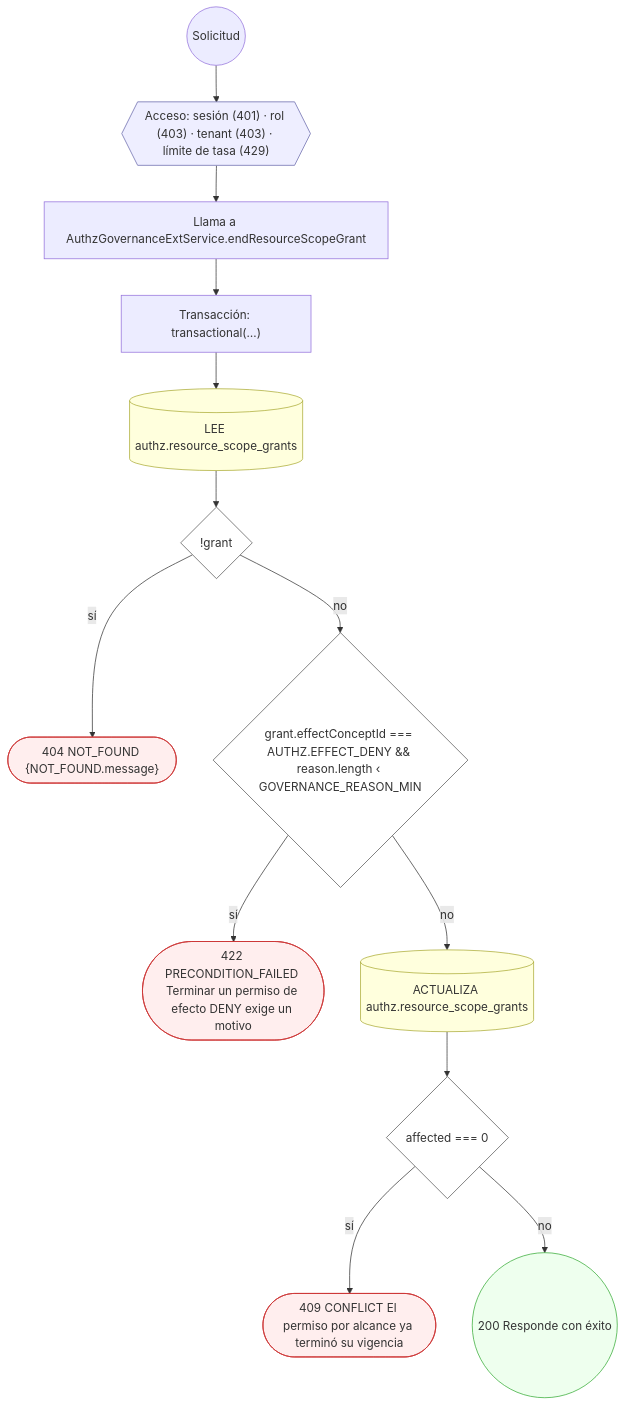
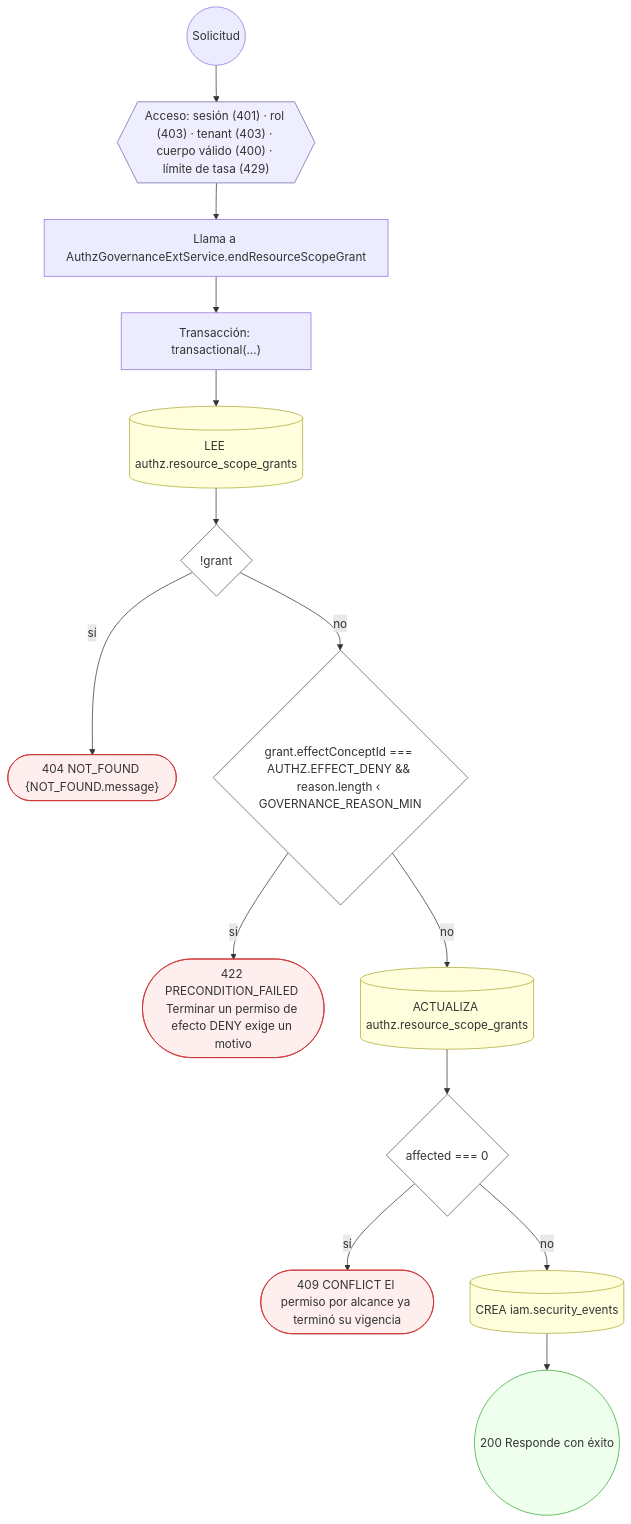
Diagram 24 of 40 in docs/inventario/flujos/authz.md (mdavila-2001/mantra-core-health-api), drawn with Mermaid before and after one commit. The commit also changed other lines of this file and 118 other files, not shown here.

````diff
--- a/docs/inventario/flujos/authz.md
+++ b/docs/inventario/flujos/authz.md
@@ -1919,34 +1922,36 @@
 ```mermaid
 flowchart TD
   n1(("Solicitud")):::inicio
-  n2{{"Acceso: sesión (401) · rol (403) · tenant (403) · límite de tasa (429)"}}:::acceso
+  n2{{"Acceso: sesión (401) · rol (403) · tenant (403) · cuerpo válido (400) · límite de tasa (429)"}}:::acceso
   n1 --> n2
   n3["Llama a AuthzGovernanceExtService.endResourceScopeGrant"]:::llamada
   n2 --> n3
   n4["Transacción: transactional(…)"]:::transaccion
   n3 --> n4
   n5[("LEE authz.resource_scope_grants")]:::efecto
   n4 --> n5
   n6{"!grant"}:::decision
   n5 --> n6
   n7(["404 NOT_FOUND {NOT_FOUND.message}"]):::error
   n6 -->|"sí"| n7
   n8{"grant.effectConceptId === AUTHZ.EFFECT_DENY && reason.length ‹ GOVERNANCE_REASON_MIN"}:::decision
   n6 -->|"no"| n8
   n9(["422 PRECONDITION_FAILED Terminar un permiso de efecto DENY exige un motivo"]):::error
   n8 -->|"sí"| n9
   n10[("ACTUALIZA authz.resource_scope_grants")]:::efecto
   n8 -->|"no"| n10
   n11{"affected === 0"}:::decision
   n10 --> n11
   n12(["409 CONFLICT El permiso por alcance ya terminó su vigencia"]):::error
   n11 -->|"sí"| n12
-  n13(("200 Responde con éxito")):::ok
+  n13[("CREA iam.security_events")]:::efecto
   n11 -->|"no"| n13
+  n14(("200 Responde con éxito")):::ok
+  n13 --> n14
   classDef acceso fill:#eef,stroke:#66a
   classDef error fill:#fee,stroke:#c33
   classDef ok fill:#efe,stroke:#3a3
   classDef efecto fill:#ffd,stroke:#aa3
   classDef decision fill:#fff,stroke:#555
   classDef corte fill:#eee,stroke:#999,stroke-dasharray: 4
 ```
````
